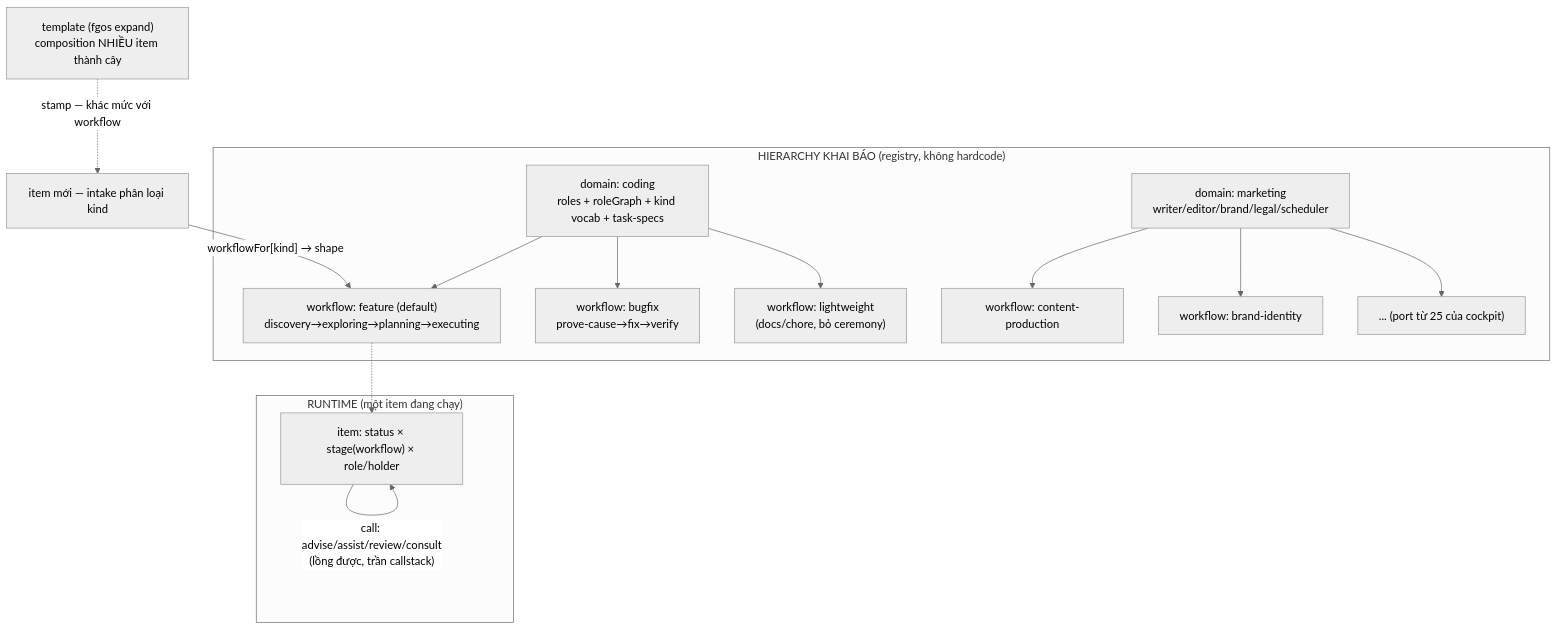
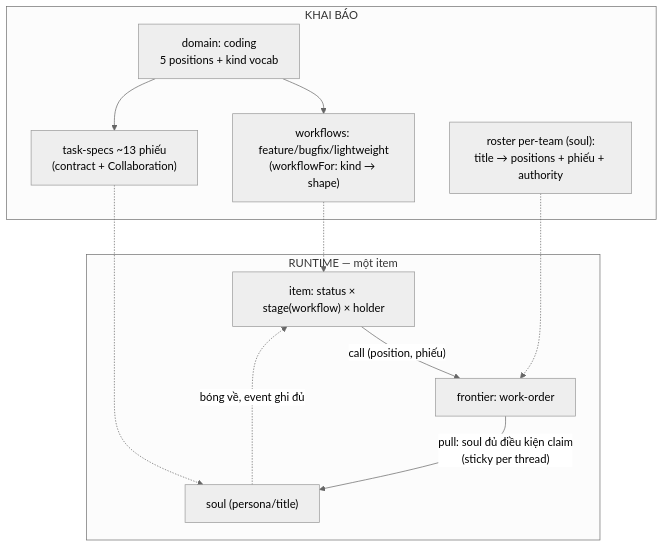
The diagram in docs/history/fgos-marketing-domain-foundation/DISCUSSION.md (vantt/forgent), drawn with Mermaid (neutral theme) before and after one commit. The commit also changed other lines of this file and 2 other files, not shown here.

Commit message:
docs(tsk-2t9c): round 16 — mint D11 soul-role binding, regenerate design synthesis for D1-D11

````diff
--- a/docs/history/fgos-marketing-domain-foundation/DISCUSSION.md
+++ b/docs/history/fgos-marketing-domain-foundation/DISCUSSION.md
@@ -381,21 +407,18 @@
 ```mermaid
 flowchart TD
-    subgraph decl["HIERARCHY KHAI BÁO (registry, không hardcode)"]
-        D["domain: coding<br/>roles + roleGraph + kind vocab + task-specs"]
-        D --> W1["workflow: feature (default)<br/>discovery→exploring→planning→executing"]
-        D --> W2["workflow: bugfix<br/>prove-cause→fix→verify"]
-        D --> W3["workflow: lightweight<br/>(docs/chore, bỏ ceremony)"]
-        D2m["domain: marketing<br/>writer/editor/brand/legal/scheduler"]
-        D2m --> W4["workflow: content-production"]
-        D2m --> W5["workflow: brand-identity"]
-        D2m --> W6["... (port từ 25 của cockpit)"]
+    subgraph decl["KHAI BÁO"]
+        DOM["domain: coding<br/>5 positions + kind vocab"]
+        DOM --> WF["workflows: feature/bugfix/lightweight<br/>(workflowFor: kind → shape)"]
+        DOM --> TS["task-specs ~13 phiếu<br/>(contract + Collaboration)"]
+        ROS["roster per-team (soul):<br/>title → positions + phiếu + authority"]
     end
-    K["item mới — intake phân loại kind"] -- "workflowFor[kind] → shape" --> W1
-    subgraph run["RUNTIME (một item đang chạy)"]
-        IT["item: status × stage(workflow) × role/holder"]
-        IT -- "pass (gate hard/soft)" --> IT
-        IT -- "call: advise/assist/review/consult<br/>(lồng được, trần callstack)" --> IT
+    subgraph run["RUNTIME — một item"]
+        IT["item: status × stage(workflow) × holder"]
+        IT -- "call (position, phiếu)" --> FR["frontier: work-order"]
+        FR -- "pull: soul đủ điều kiện claim<br/>(sticky per thread)" --> S["soul (persona/title)"]
+        S -. "bóng về, event ghi đủ" .-> IT
     end
-    W1 -.-> IT
-    TPL["template (fgos expand)<br/>composition NHIỀU item thành cây"] -. "stamp — khác mức với workflow" .-> K
+    WF -.-> IT
+    TS -.-> S
+    ROS -.-> FR
 ```
````
